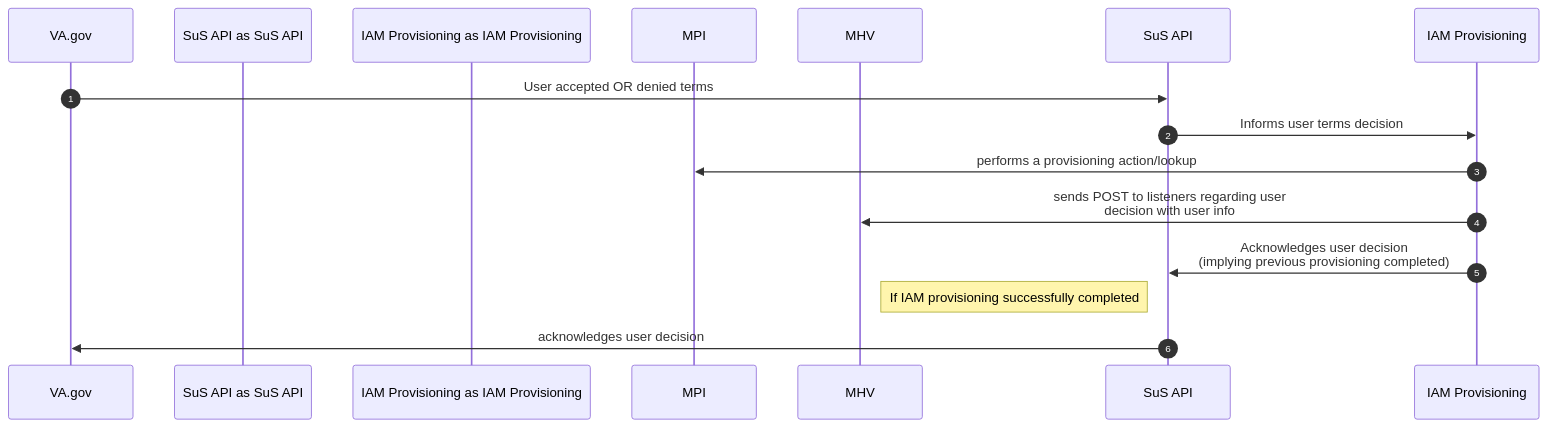
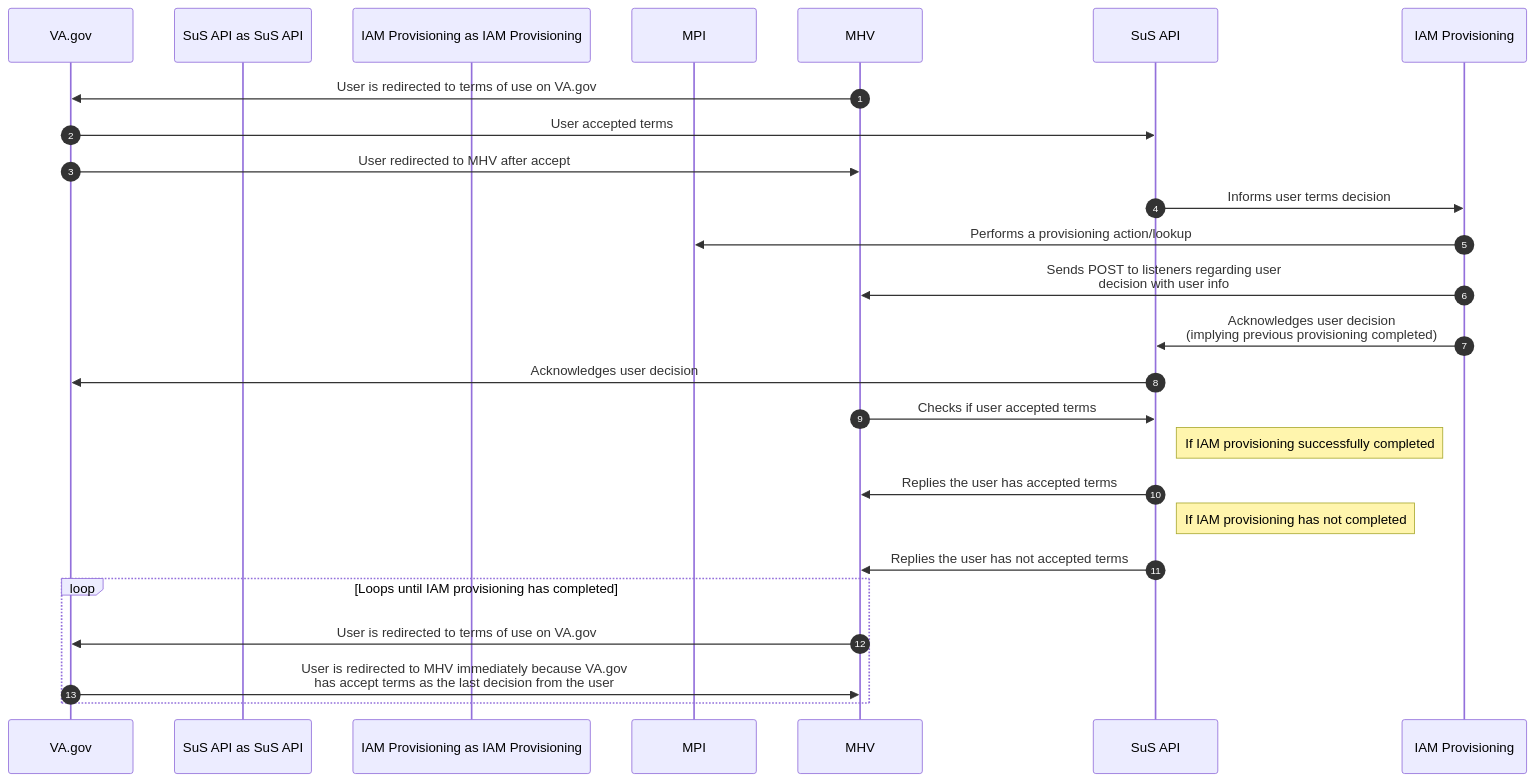
Before and after one commit to department-of-veterans-affairs/va.gov-team: the diagram in products/identity/Products/terms and conditions/ToU-MHV-flow_61324.md, drawn with Mermaid.

````diff
--- a/products/identity/Products/terms and conditions/ToU-MHV-flow_61324.md
+++ b/products/identity/Products/terms and conditions/ToU-MHV-flow_61324.md
@@ -1,17 +1,27 @@
 ```mermaid
 sequenceDiagram
   participant VA.gov as VA.gov
   participant SuS API as SuS API
   participant IAM Provisioning as IAM Provisioning
   participant MPI as MPI
   participant MHV as MHV
 
   autonumber
-  VA.gov ->> SuS API: User accepted OR denied terms
+  MHV ->> VA.gov: User is redirected to terms of use on VA.gov
+  VA.gov ->> SuS API: User accepted terms
+  VA.gov ->> MHV: User redirected to MHV after accept
   SuS API ->> IAM Provisioning: Informs user terms decision
-  IAM Provisioning ->> MPI: performs a provisioning action/lookup
-  IAM Provisioning ->> MHV: sends POST to listeners regarding user<br/>decision with user info
+  IAM Provisioning ->> MPI: Performs a provisioning action/lookup
+  IAM Provisioning ->> MHV: Sends POST to listeners regarding user<br/>decision with user info
   IAM Provisioning ->> SuS API: Acknowledges user decision<br/>(implying previous provisioning completed)
-  Note left of SuS API: If IAM provisioning successfully completed
-  SuS API ->> VA.gov: acknowledges user decision
+  SuS API ->> VA.gov: Acknowledges user decision
+  MHV ->> SuS API: Checks if user accepted terms
+  Note right of SuS API: If IAM provisioning successfully completed
+  SuS API->> MHV: Replies the user has accepted terms
+  Note right of SuS API: If IAM provisioning has not completed
+  SuS API ->>MHV: Replies the user has not accepted terms
+  loop Loops until IAM provisioning has completed
+   MHV ->> VA.gov: User is redirected to terms of use on VA.gov
+   VA.gov ->> MHV: User is redirected to MHV immediately because VA.gov<br>has accept terms as the last decision from the user
+  end
 ```
````
